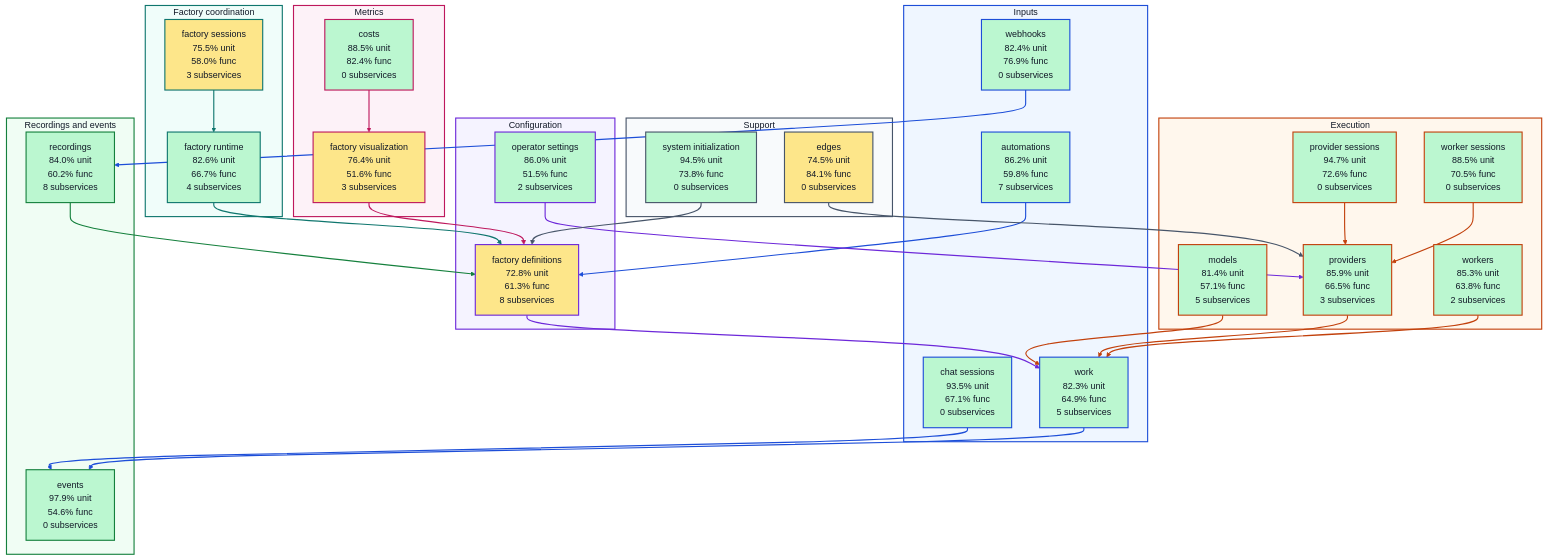
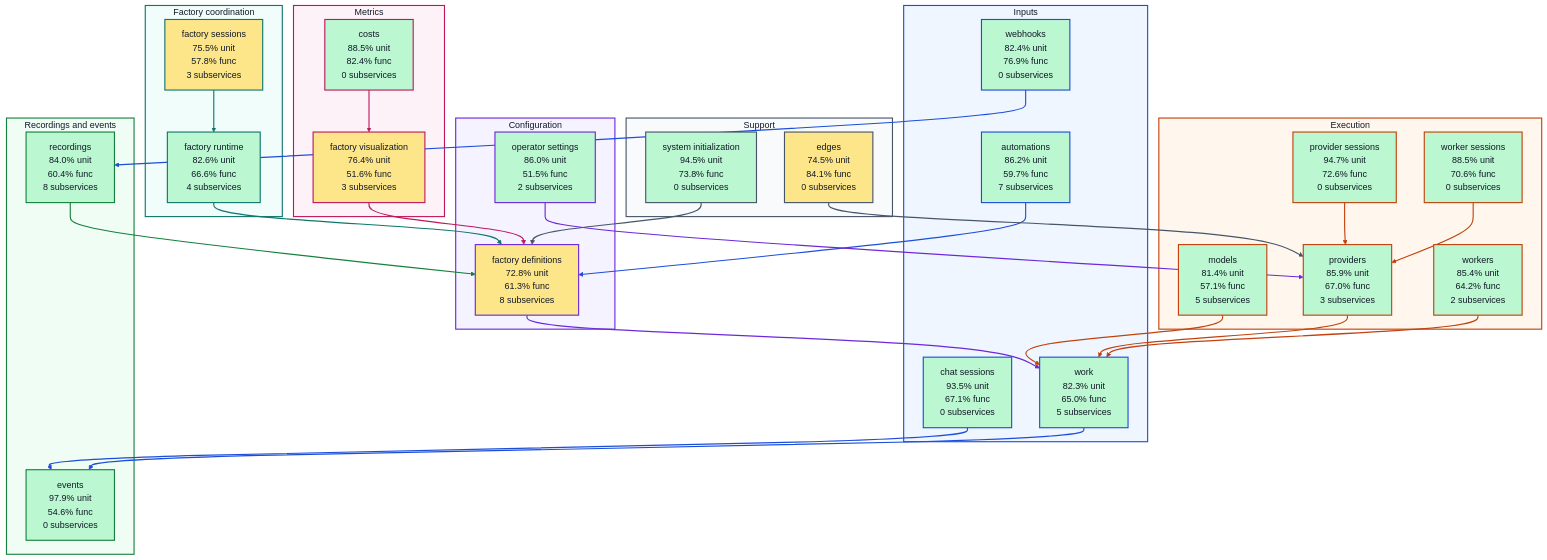
Before and after one commit to portpowered/you-agent-factory: the diagram in docs/architecture/visualizations/high-level-test-coverage.md, drawn with Mermaid. The commit also changed other lines of this file and 20 other files, not shown here.

Commit message:
docs: refresh backend architecture visualizations

````diff
--- a/docs/architecture/visualizations/high-level-test-coverage.md
+++ b/docs/architecture/visualizations/high-level-test-coverage.md
@@ -11,29 +11,29 @@
 ```mermaid
 flowchart TB
   subgraph input["Inputs"]
-    s_services_automations["automations<br/>86.2% unit<br/>59.8% func<br/>7 subservices"]
+    s_services_automations["automations<br/>86.2% unit<br/>59.7% func<br/>7 subservices"]
     s_services_chat_sessions["chat sessions<br/>93.5% unit<br/>67.1% func<br/>0 subservices"]
     s_services_webhooks["webhooks<br/>82.4% unit<br/>76.9% func<br/>0 subservices"]
-    s_services_work["work<br/>82.3% unit<br/>64.9% func<br/>5 subservices"]
+    s_services_work["work<br/>82.3% unit<br/>65.0% func<br/>5 subservices"]
   end
   subgraph configuration["Configuration"]
     s_services_factory_definitions["factory definitions<br/>72.8% unit<br/>61.3% func<br/>8 subservices"]
     s_services_operator_settings["operator settings<br/>86.0% unit<br/>51.5% func<br/>2 subservices"]
   end
   subgraph coordination["Factory coordination"]
-    s_services_factory_runtime["factory runtime<br/>82.6% unit<br/>66.7% func<br/>4 subservices"]
-    s_services_factory_sessions["factory sessions<br/>75.5% unit<br/>58.0% func<br/>3 subservices"]
+    s_services_factory_runtime["factory runtime<br/>82.6% unit<br/>66.6% func<br/>4 subservices"]
+    s_services_factory_sessions["factory sessions<br/>75.5% unit<br/>57.8% func<br/>3 subservices"]
   end
   subgraph execution["Execution"]
     s_services_models["models<br/>81.4% unit<br/>57.1% func<br/>5 subservices"]
     s_services_provider_sessions["provider sessions<br/>94.7% unit<br/>72.6% func<br/>0 subservices"]
-    s_services_providers["providers<br/>85.9% unit<br/>66.5% func<br/>3 subservices"]
-    s_services_worker_sessions["worker sessions<br/>88.5% unit<br/>70.5% func<br/>0 subservices"]
-    s_services_workers["workers<br/>85.3% unit<br/>63.8% func<br/>2 subservices"]
+    s_services_providers["providers<br/>85.9% unit<br/>67.0% func<br/>3 subservices"]
+    s_services_worker_sessions["worker sessions<br/>88.5% unit<br/>70.6% func<br/>0 subservices"]
+    s_services_workers["workers<br/>85.4% unit<br/>64.2% func<br/>2 subservices"]
   end
   subgraph recordings["Recordings and events"]
     s_services_events["events<br/>97.9% unit<br/>54.6% func<br/>0 subservices"]
-    s_services_recordings["recordings<br/>84.0% unit<br/>60.2% func<br/>8 subservices"]
+    s_services_recordings["recordings<br/>84.0% unit<br/>60.4% func<br/>8 subservices"]
   end
   subgraph metrics["Metrics"]
     s_services_costs["costs<br/>88.5% unit<br/>82.4% func<br/>0 subservices"]
````
